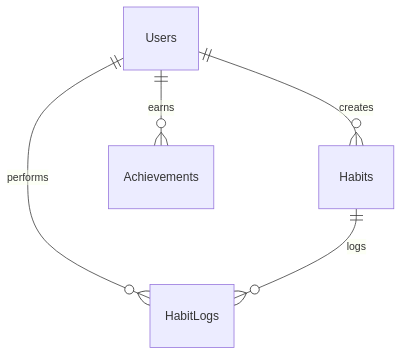
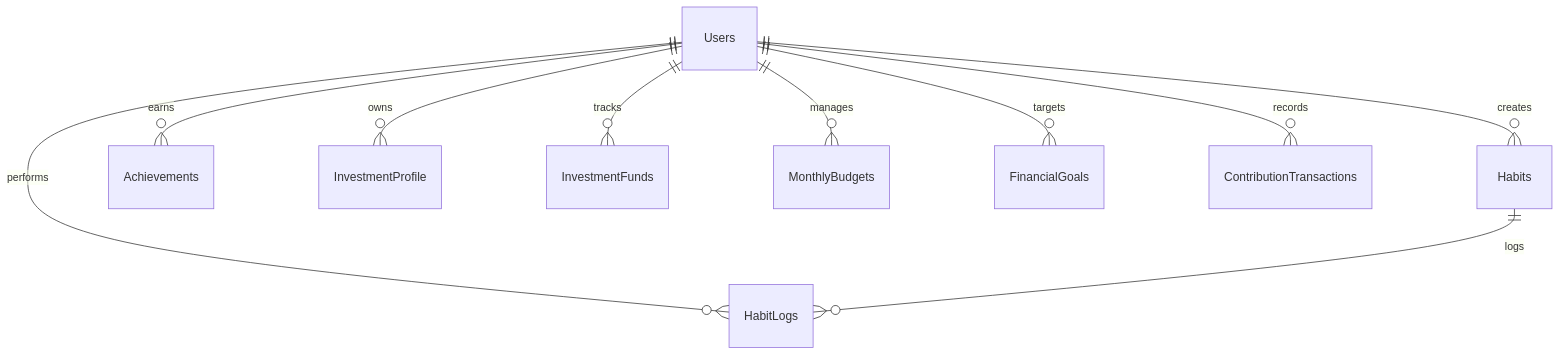
Before and after one commit to vishumodidev/RoutineTargetCompletion: the diagram in google-sheets-schema.md, drawn with Mermaid. The commit also changed other lines of this file and 9 other files, not shown here.

Commit message:
feat: integrate investment planner and financial goal tracking module

````diff
--- a/google-sheets-schema.md
+++ b/google-sheets-schema.md
@@ -66,7 +168,12 @@
 ```mermaid
 erDiagram
     Users ||--o{ Habits : "creates"
     Users ||--o{ HabitLogs : "performs"
     Users ||--o{ Achievements : "earns"
+    Users ||--o{ InvestmentProfile : "owns"
+    Users ||--o{ InvestmentFunds : "tracks"
+    Users ||--o{ MonthlyBudgets : "manages"
+    Users ||--o{ FinancialGoals : "targets"
+    Users ||--o{ ContributionTransactions : "records"
     Habits ||--o{ HabitLogs : "logs"
 ```
````
